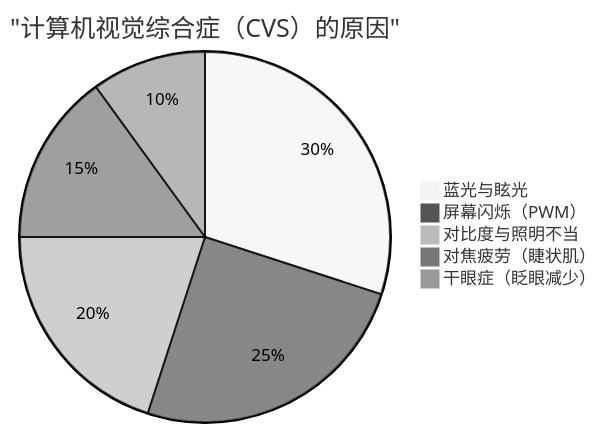
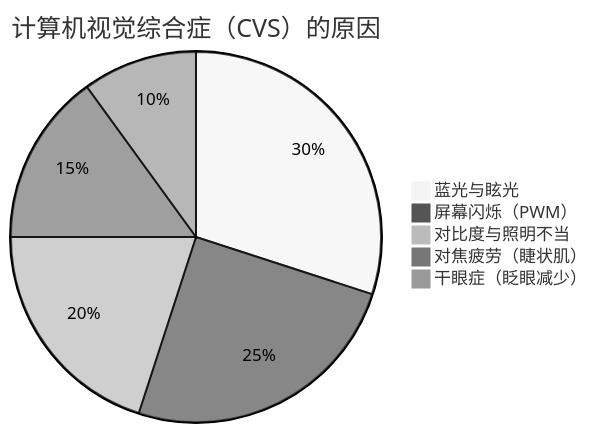
One commit to kenjinote/blog changed the first of 4 diagrams in content/post/eye_strain_relief/index.zh-cn.md. Above: the diagram before and after it, drawn with Mermaid (neutral theme). The commit also changed other lines of this file and 703 other files, not shown here.

Commit message:
Fix: Remove quotes from Mermaid link texts and timeline definitions to support Mermaid 11.4.1

````diff
--- a/content/post/eye_strain_relief/index.zh-cn.md
+++ b/content/post/eye_strain_relief/index.zh-cn.md
@@ -24,8 +24,8 @@
 ```mermaid
-pie title "计算机视觉综合症（CVS）的原因"
+pie title 计算机视觉综合症（CVS）的原因
     "蓝光与眩光" : 30
     "屏幕闪烁（PWM）" : 25
     "对比度与照明不当" : 20
     "对焦疲劳（睫状肌）" : 15
     "干眼症（眨眼减少）" : 10
 ```
````
